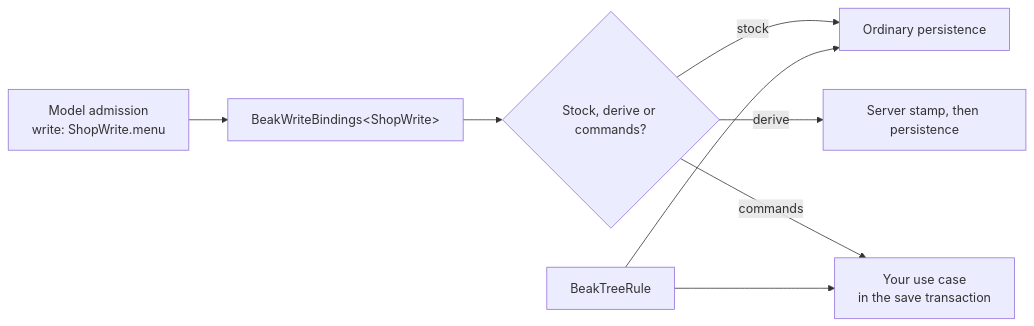
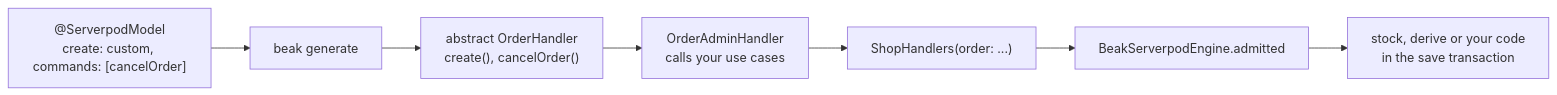
The diagram in docs/serverpod/admin-app/write-bindings.md (SimonErich/beak), drawn with Mermaid before and after one commit. The commit also changed other lines of this file and 58 other files, not shown here.

First line of the commit message:
docs: definition classes and generated server handlers

````diff
--- a/docs/serverpod/admin-app/write-bindings.md
+++ b/docs/serverpod/admin-app/write-bindings.md
@@ -15,10 +19,9 @@
 ```mermaid
 flowchart LR
-  A["Model admission<br/>write: ShopWrite.menu"] --> B["BeakWriteBindings&lt;ShopWrite&gt;"]
-  B --> C{"Stock, derive or commands?"}
-  C -->|stock| D["Ordinary persistence"]
-  C -->|derive| E["Server stamp, then persistence"]
-  C -->|commands| F["Your use case<br/>in the save transaction"]
-  G["BeakTreeRule"] --> D
-  G --> F
+  A["@ServerpodModel<br/>create: custom, commands: [cancelOrder]"] --> B["beak generate"]
+  B --> C["abstract OrderHandler<br/>create(), cancelOrder()"]
+  C --> D["OrderAdminHandler<br/>calls your use cases"]
+  D --> E["ShopHandlers(order: ...)"]
+  E --> F["BeakServerpodEngine.admitted"]
+  F --> G["stock, derive or your code<br/>in the save transaction"]
 ```
````
